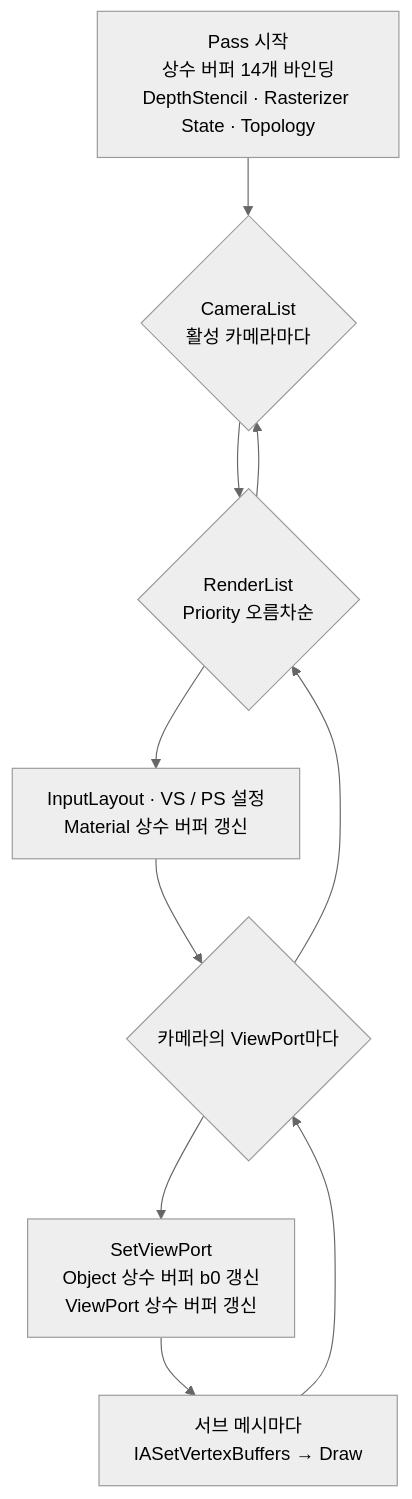
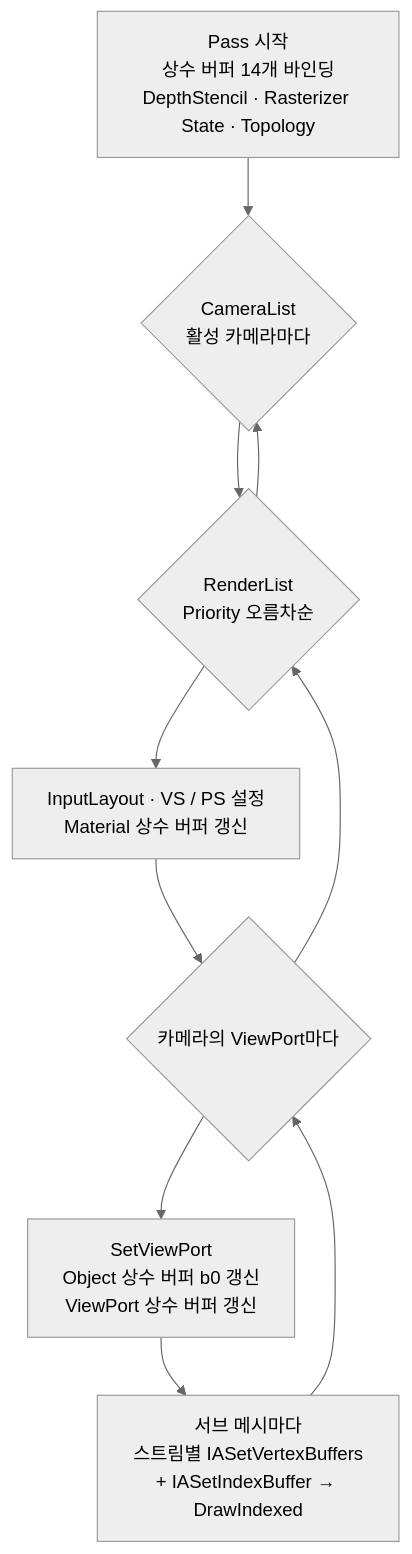
One commit to Gat-Young/ForestPearlEngine changed the eighth of 14 diagrams in README.md. Above: the diagram before and after it, drawn with Mermaid (neutral theme). The commit also changed other lines of this file and 1 other file, not shown here.

````diff
--- a/README.md
+++ b/README.md
@@ -762,12 +762,12 @@
 ```mermaid
 flowchart TD
     S["Pass 시작<br/>상수 버퍼 14개 바인딩<br/>DepthStencil · Rasterizer State · Topology"] --> C{"CameraList<br/>활성 카메라마다"}
     C --> I{"RenderList<br/>Priority 오름차순"}
     I --> ST["InputLayout · VS / PS 설정<br/>Material 상수 버퍼 갱신"]
     ST --> VPL{"카메라의 ViewPort마다"}
     VPL --> MVP["SetViewPort<br/>Object 상수 버퍼 b0 갱신<br/>ViewPort 상수 버퍼 갱신"]
-    MVP --> DR["서브 메시마다<br/>IASetVertexBuffers → Draw"]
+    MVP --> DR["서브 메시마다<br/>스트림별 IASetVertexBuffers<br/>+ IASetIndexBuffer → DrawIndexed"]
     DR --> VPL
     VPL --> I
     I --> C
 ```
````
